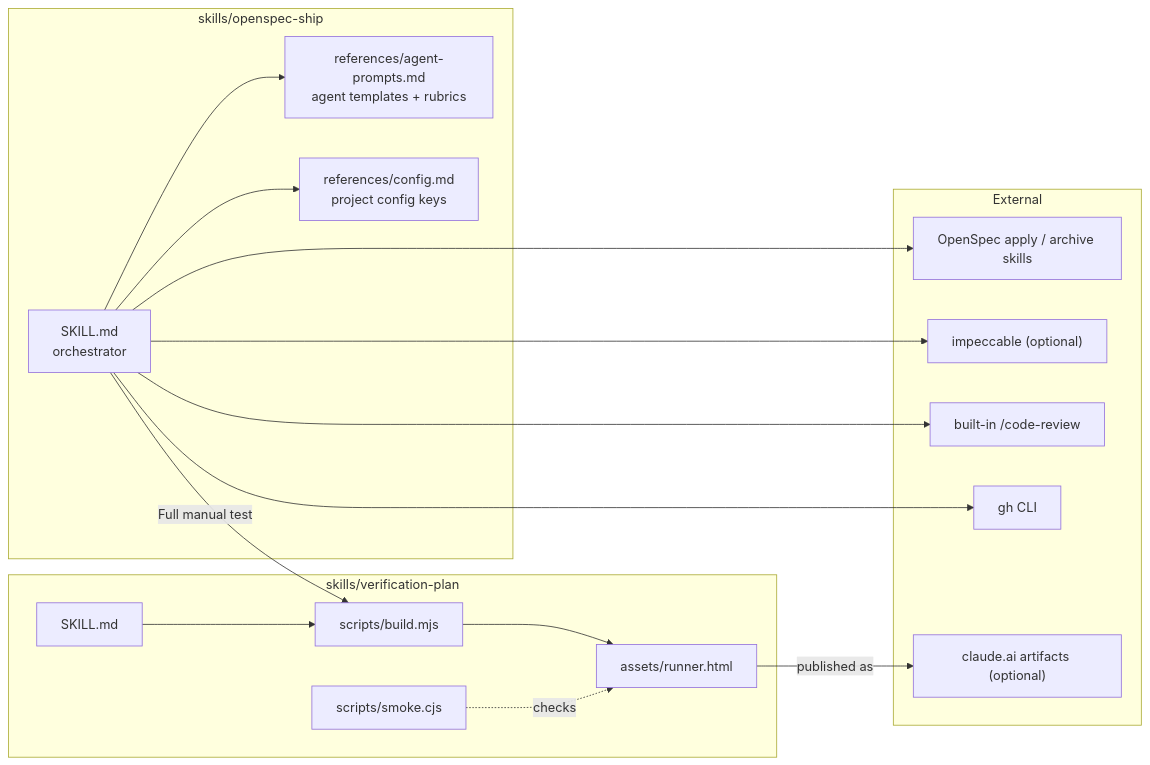
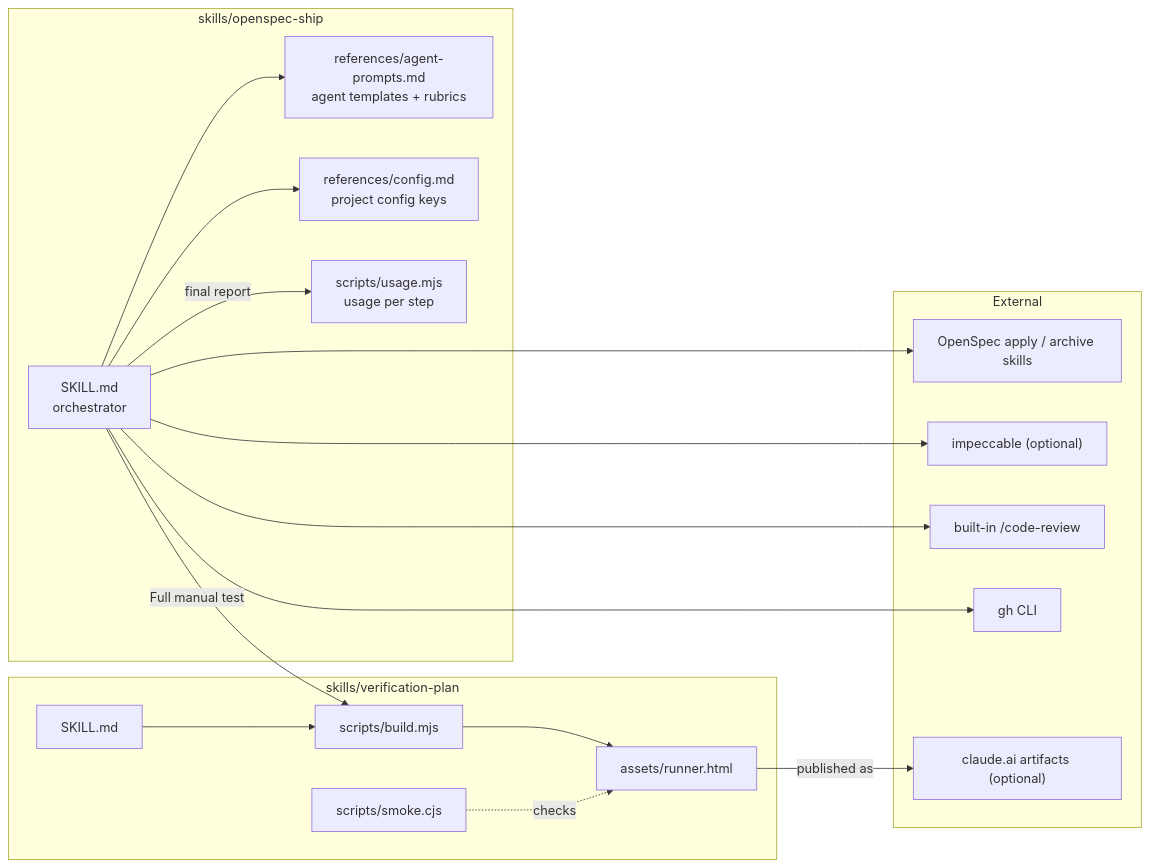
The first of 4 diagrams in README.md (apmiller108/ai-skills), drawn with Mermaid before and after one commit. The commit also changed other lines of this file and 3 other files, not shown here.

First line of the commit message:
Adds token usage per step and cost hints to the ship

````diff
--- a/README.md
+++ b/README.md
@@ -47,28 +49,30 @@
 ```mermaid
 flowchart LR
   subgraph ship_s["skills/openspec-ship"]
     ship["SKILL.md<br/>orchestrator"]
     prompts["references/agent-prompts.md<br/>agent templates + rubrics"]
     config["references/config.md<br/>project config keys"]
+    usage["scripts/usage.mjs<br/>usage per step"]
   end
   subgraph vp_s["skills/verification-plan"]
     vp["SKILL.md"]
     build["scripts/build.mjs"]
     runner["assets/runner.html"]
     smoke["scripts/smoke.cjs"]
   end
   subgraph ext["External"]
     os["OpenSpec apply / archive skills"]
     imp["impeccable (optional)"]
     cr["built-in /code-review"]
     gh["gh CLI"]
     art["claude.ai artifacts (optional)"]
   end
   ship --> prompts
   ship --> config
+  ship -- "final report" --> usage
   ship -- "Full manual test" --> build
   vp --> build --> runner
   smoke -. checks .-> runner
   ship --> os & imp & cr & gh
   runner -- "published as" --> art
 ```
````
